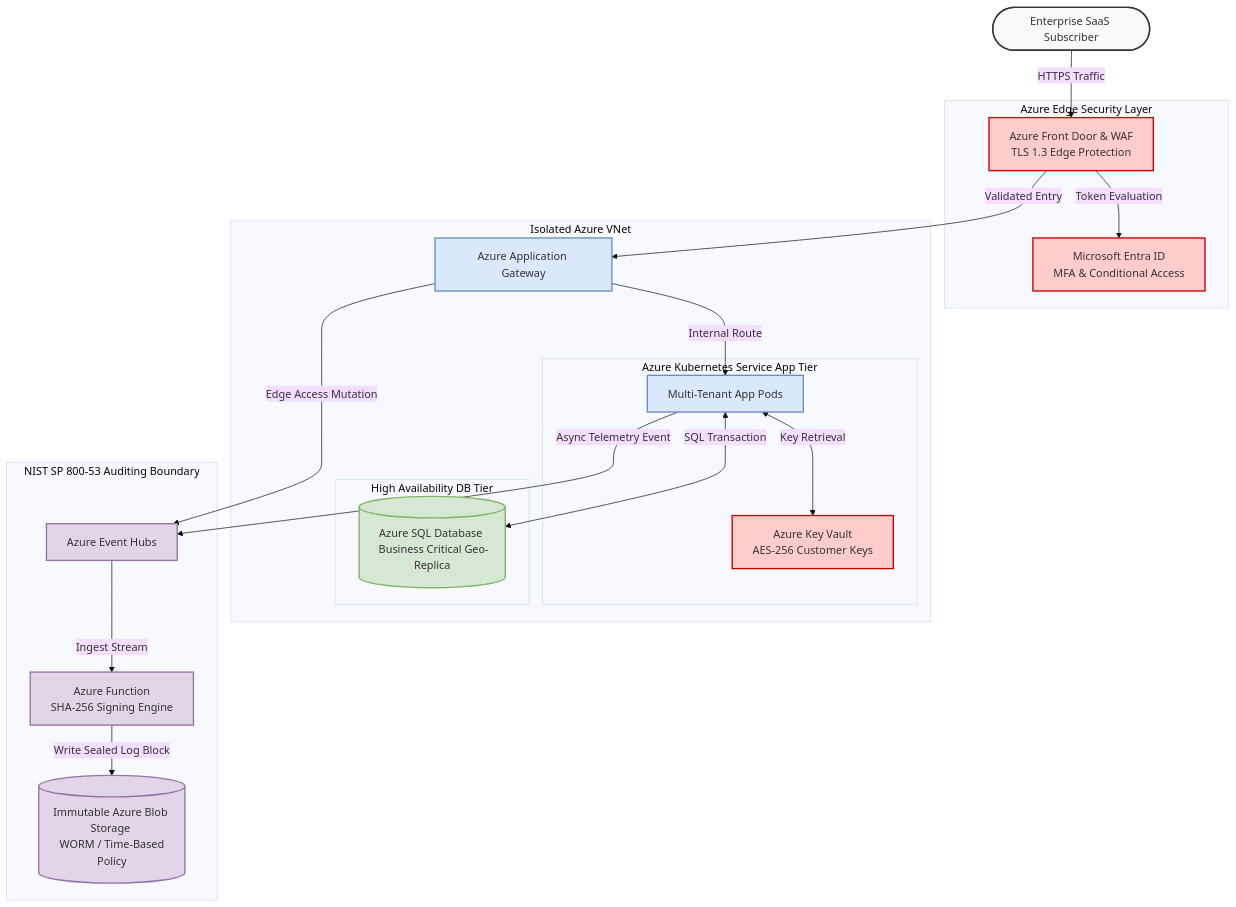
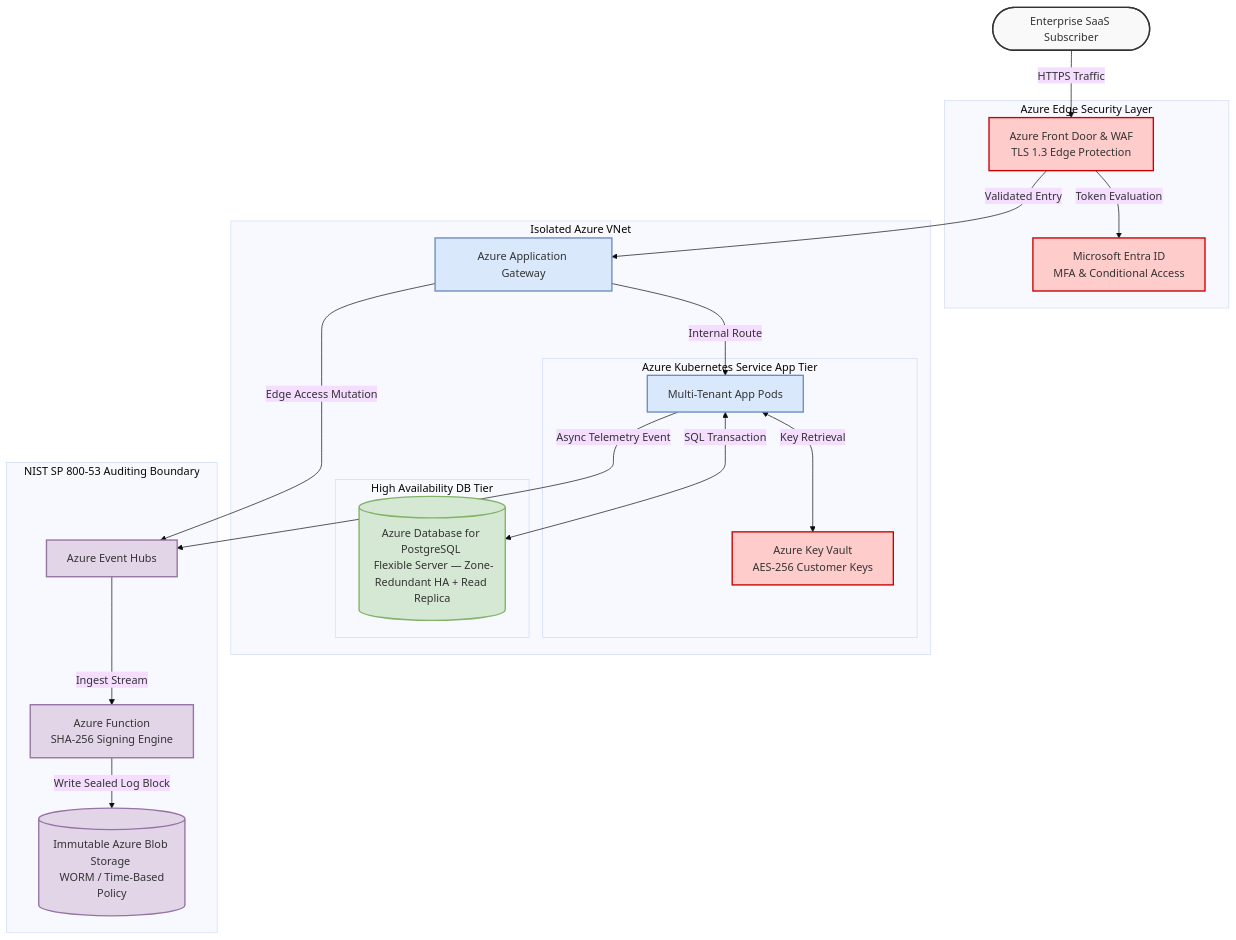
One commit to davidpizon/DoxaEnterprise changed the diagram in docs/spec/doxa-enterprise-architecture-compliance-spec.md. Above: the diagram before and after it, drawn with Mermaid (base theme). The commit also changed other lines of this file and 8 other files, not shown here.

````diff
--- a/docs/spec/doxa-enterprise-architecture-compliance-spec.md
+++ b/docs/spec/doxa-enterprise-architecture-compliance-spec.md
@@ -135,50 +149,50 @@
 ```mermaid
 graph TD
     %% Styling
     classDef internet fill:#f9f9f9,stroke:#333,stroke-width:2px;
     classDef security fill:#ffcccc,stroke:#cc0000,stroke-width:2px;
     classDef compute fill:#dae8fc,stroke:#6c8ebf,stroke-width:2px;
     classDef database fill:#d5e8d4,stroke:#82b366,stroke-width:2px;
     classDef audit fill:#e1d5e7,stroke:#9673a6,stroke-width:2px;
 
     %% Elements
     User([Enterprise SaaS Subscriber]):::internet
 
     subgraph Azure_Edge [Azure Edge Security Layer]
         AFD[Azure Front Door & WAF <br> TLS 1.3 Edge Protection]:::security
         Entra[Microsoft Entra ID <br> MFA & Conditional Access]:::security
     end
 
     subgraph Azure_VNet [Isolated Azure VNet]
         AppGW[Azure Application Gateway]:::compute
 
         subgraph AKS_Cluster [Azure Kubernetes Service App Tier]
             SaaS_App[Multi-Tenant App Pods]:::compute
             KV_Engine[Azure Key Vault <br> AES-256 Customer Keys]:::security
         end
 
         subgraph Azure_Data [High Availability DB Tier]
-            Main_DB[(Azure SQL Database <br> Business Critical Geo-Replica)]:::database
+            Main_DB[(Azure Database for PostgreSQL <br> Flexible Server — Zone-Redundant HA + Read Replica)]:::database
         end
     end
 
     subgraph Audit_Pipeline [NIST SP 800-53 Auditing Boundary]
         Hubs[Azure Event Hubs]:::audit
         Worker[Azure Function <br> SHA-256 Signing Engine]:::audit
         WORM[(Immutable Azure Blob Storage <br> WORM / Time-Based Policy)]:::audit
     end
 
     %% Flow Connections
     User -->|HTTPS Traffic| AFD
     AFD -->|Token Evaluation| Entra
     AFD -->|Validated Entry| AppGW
     AppGW -->|Internal Route| SaaS_App
     SaaS_App <-->|Key Retrieval| KV_Engine
     SaaS_App <-->|SQL Transaction| Main_DB
 
     %% Audit Pipeline Flows
     SaaS_App -->|Async Telemetry Event| Hubs
     AppGW -->|Edge Access Mutation| Hubs
     Hubs -->|Ingest Stream| Worker
     Worker -->|Write Sealed Log Block| WORM
 ```
````
